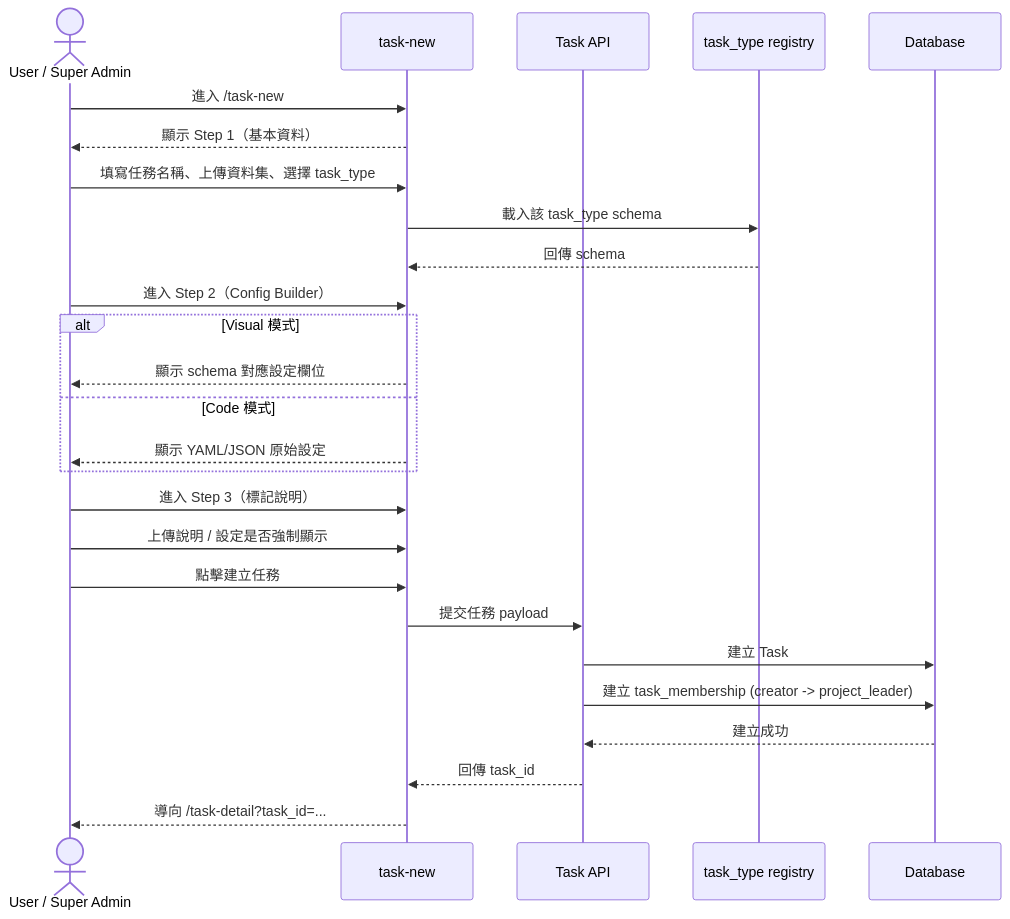
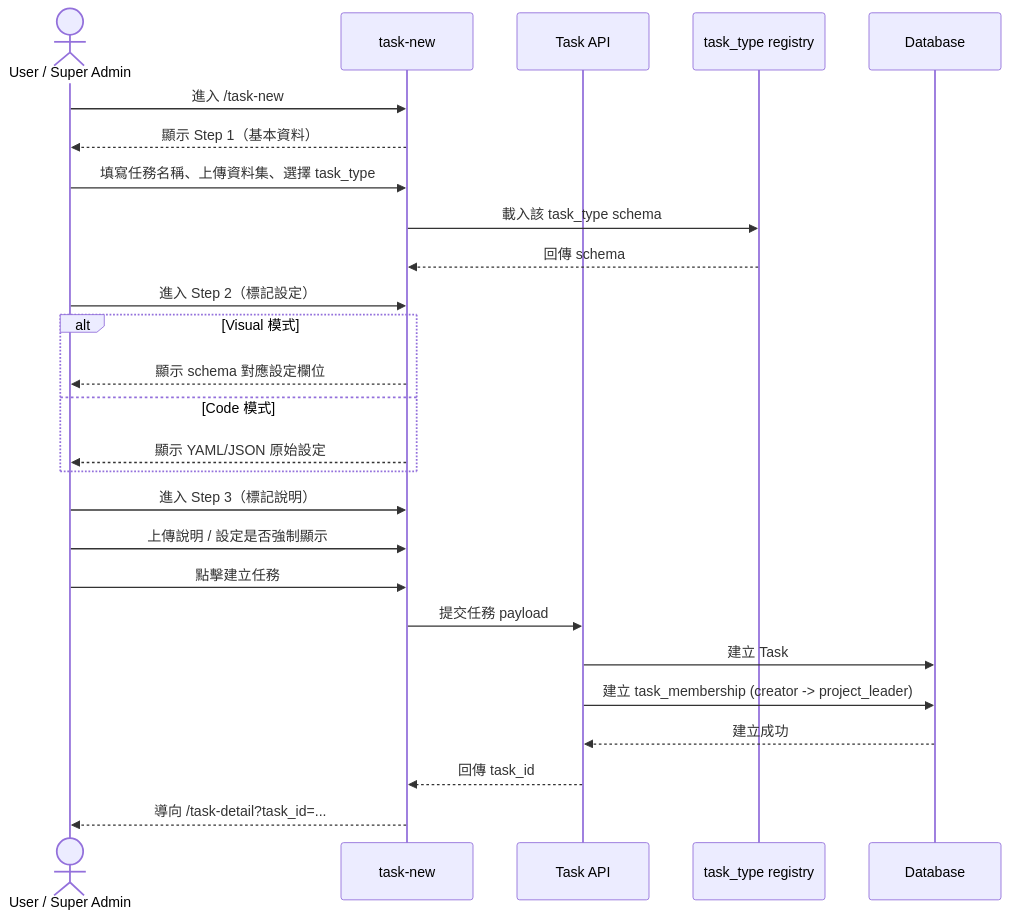
One commit to singyichen/label-suite changed the first of 2 diagrams in specs/task-management/013-task-new/spec.md. Above: the diagram before and after it, drawn with Mermaid. The commit also changed other lines of this file and 2 other files, not shown here.

````diff
--- a/specs/task-management/013-task-new/spec.md
+++ b/specs/task-management/013-task-new/spec.md
@@ -29,33 +29,33 @@
 ```mermaid
 sequenceDiagram
     actor U as User / Super Admin
     participant UI as task-new
     participant API as Task API
     participant Registry as task_type registry
     participant DB as Database
 
     U->>UI: 進入 /task-new
     UI-->>U: 顯示 Step 1（基本資料）
 
     U->>UI: 填寫任務名稱、上傳資料集、選擇 task_type
     UI->>Registry: 載入該 task_type schema
     Registry-->>UI: 回傳 schema
 
-    U->>UI: 進入 Step 2（Config Builder）
+    U->>UI: 進入 Step 2（標記設定）
     alt Visual 模式
         UI-->>U: 顯示 schema 對應設定欄位
     else Code 模式
         UI-->>U: 顯示 YAML/JSON 原始設定
     end
 
     U->>UI: 進入 Step 3（標記說明）
     U->>UI: 上傳說明 / 設定是否強制顯示
 
     U->>UI: 點擊建立任務
     UI->>API: 提交任務 payload
     API->>DB: 建立 Task
     API->>DB: 建立 task_membership (creator -> project_leader)
     DB-->>API: 建立成功
     API-->>UI: 回傳 task_id
     UI-->>U: 導向 /task-detail?task_id=...
 ```
````
